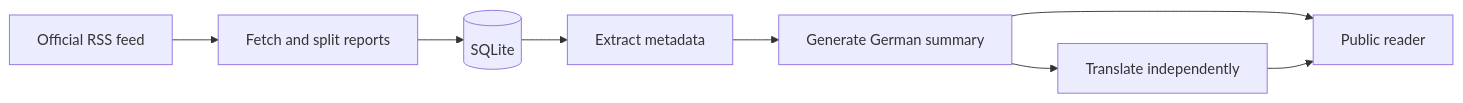
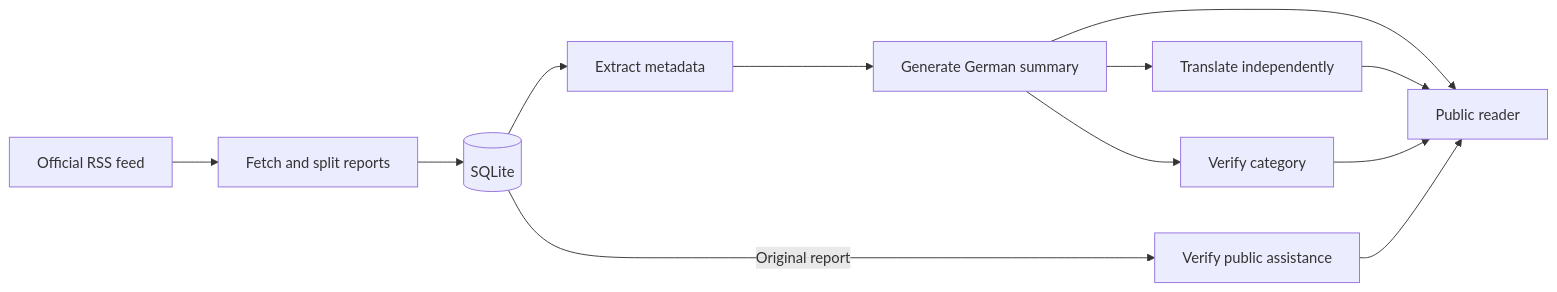
One commit to egekocabas/munichbrief changed the diagram in docs/architecture.md. Above: the diagram before and after it, drawn with Mermaid.

Commit message:
docs(architecture): show independent verification paths

````diff
--- a/docs/architecture.md
+++ b/docs/architecture.md
@@ -6,10 +6,14 @@
 ```mermaid
 flowchart LR
     Source[Official RSS feed] --> Parser[Fetch and split reports]
     Parser --> Store[(SQLite)]
     Store --> Metadata[Extract metadata]
     Metadata --> German[Generate German summary]
     German --> Translate[Translate independently]
+    German --> Category[Verify category]
+    Store -->|Original report| Assistance[Verify public assistance]
     German --> Reader[Public reader]
     Translate --> Reader
+    Category --> Reader
+    Assistance --> Reader
 ```
````
